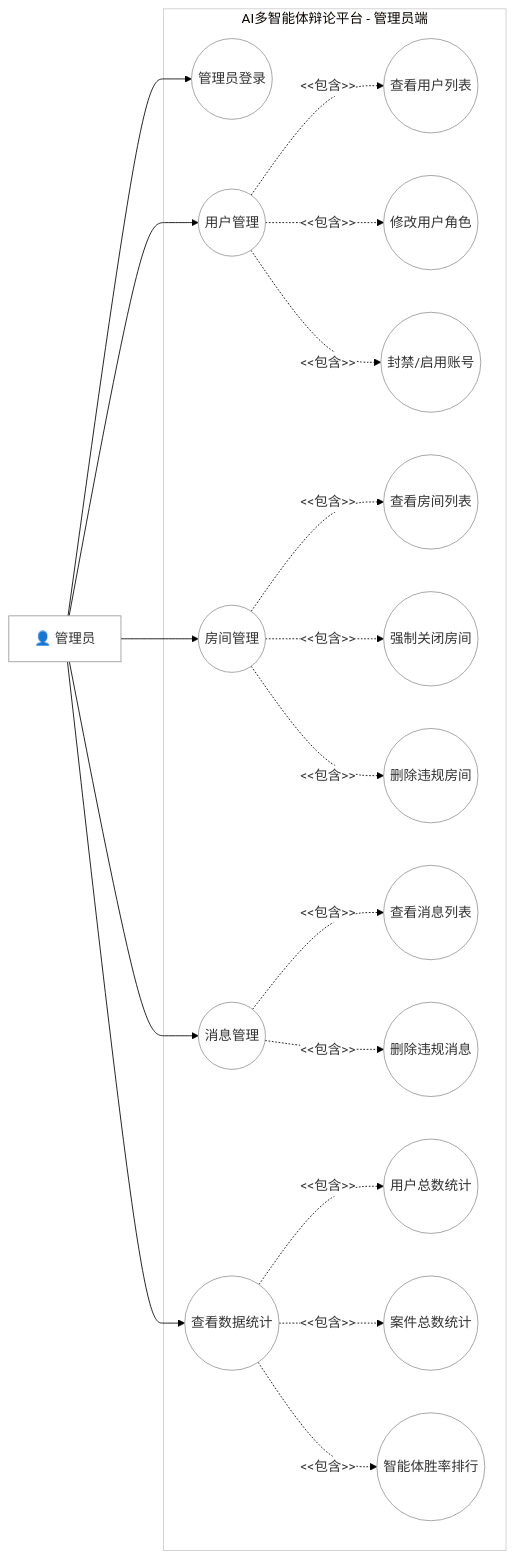
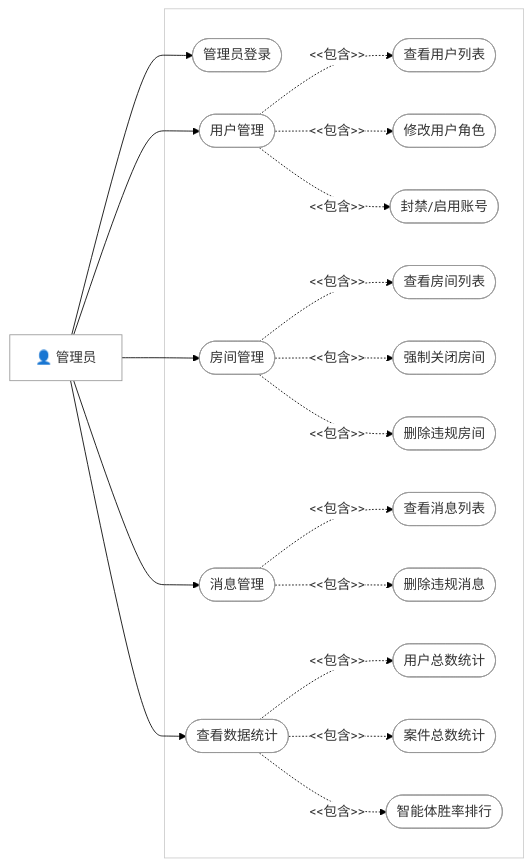
One commit to huangkaihao666/graduate-design changed the third of 9 diagrams in docs/毕设图表.md. Above: the diagram before and after it, drawn with Mermaid. The commit also changed other lines of this file and 1 other file, not shown here.

Commit message:
feat: 完善图表readme

````diff
--- a/docs/毕设图表.md
+++ b/docs/毕设图表.md
@@ -219,31 +221,31 @@
 ```mermaid
 %%{init: {'theme': 'base', 'themeVariables': {'background': '#ffffff', 'mainBkg': '#ffffff', 'clusterBkg': '#ffffff', 'clusterBorder': '#cccccc', 'nodeBorder': '#999999', 'nodeTextColor': '#000000', 'edgeLabelBackground': '#ffffff'}}}%%
 graph LR
     actor["👤 管理员"]
 
-    subgraph sys["AI多智能体辩论平台 - 管理员端"]
-        UC1(("管理员登录"))
-        UC2(("查看数据统计"))
-        UC3(("用户管理"))
-        UC4(("房间管理"))
-        UC5(("消息管理"))
+    subgraph sys[" "]
+        UC1(["管理员登录"])
+        UC2(["查看数据统计"])
+        UC3(["用户管理"])
+        UC4(["房间管理"])
+        UC5(["消息管理"])
 
-        UC3 -. "<<包含>>" .-> UC3a(("查看用户列表"))
-        UC3 -. "<<包含>>" .-> UC3b(("修改用户角色"))
-        UC3 -. "<<包含>>" .-> UC3c(("封禁/启用账号"))
-        UC4 -. "<<包含>>" .-> UC4a(("查看房间列表"))
-        UC4 -. "<<包含>>" .-> UC4b(("强制关闭房间"))
-        UC4 -. "<<包含>>" .-> UC4c(("删除违规房间"))
-        UC5 -. "<<包含>>" .-> UC5a(("查看消息列表"))
-        UC5 -. "<<包含>>" .-> UC5b(("删除违规消息"))
-        UC2 -. "<<包含>>" .-> UC2a(("用户总数统计"))
-        UC2 -. "<<包含>>" .-> UC2b(("案件总数统计"))
-        UC2 -. "<<包含>>" .-> UC2c(("智能体胜率排行"))
+        UC3 -. "<<包含>>" .-> UC3a(["查看用户列表"])
+        UC3 -. "<<包含>>" .-> UC3b(["修改用户角色"])
+        UC3 -. "<<包含>>" .-> UC3c(["封禁/启用账号"])
+        UC4 -. "<<包含>>" .-> UC4a(["查看房间列表"])
+        UC4 -. "<<包含>>" .-> UC4b(["强制关闭房间"])
+        UC4 -. "<<包含>>" .-> UC4c(["删除违规房间"])
+        UC5 -. "<<包含>>" .-> UC5a(["查看消息列表"])
+        UC5 -. "<<包含>>" .-> UC5b(["删除违规消息"])
+        UC2 -. "<<包含>>" .-> UC2a(["用户总数统计"])
+        UC2 -. "<<包含>>" .-> UC2b(["案件总数统计"])
+        UC2 -. "<<包含>>" .-> UC2c(["智能体胜率排行"])
     end
 
     actor --> UC1
     actor --> UC2
     actor --> UC3
     actor --> UC4
     actor --> UC5
 ```
````
